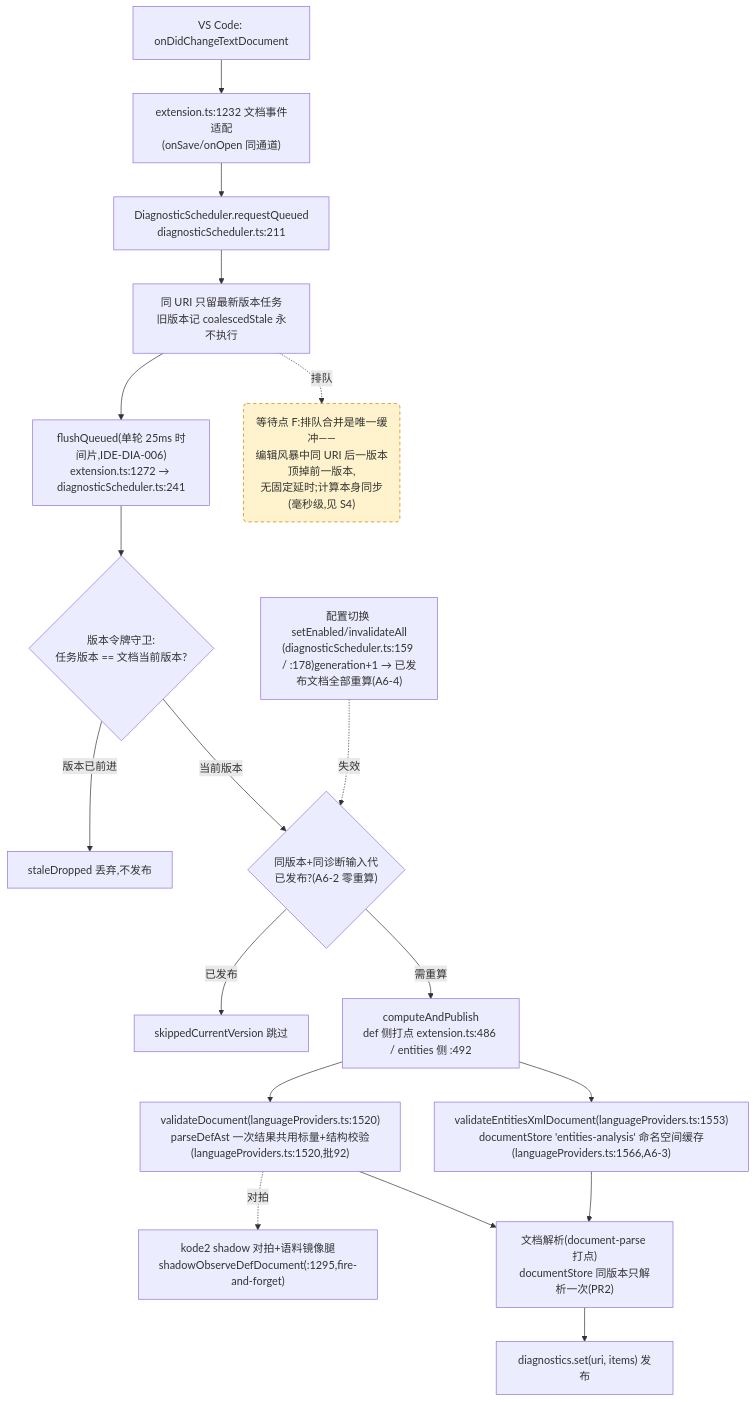
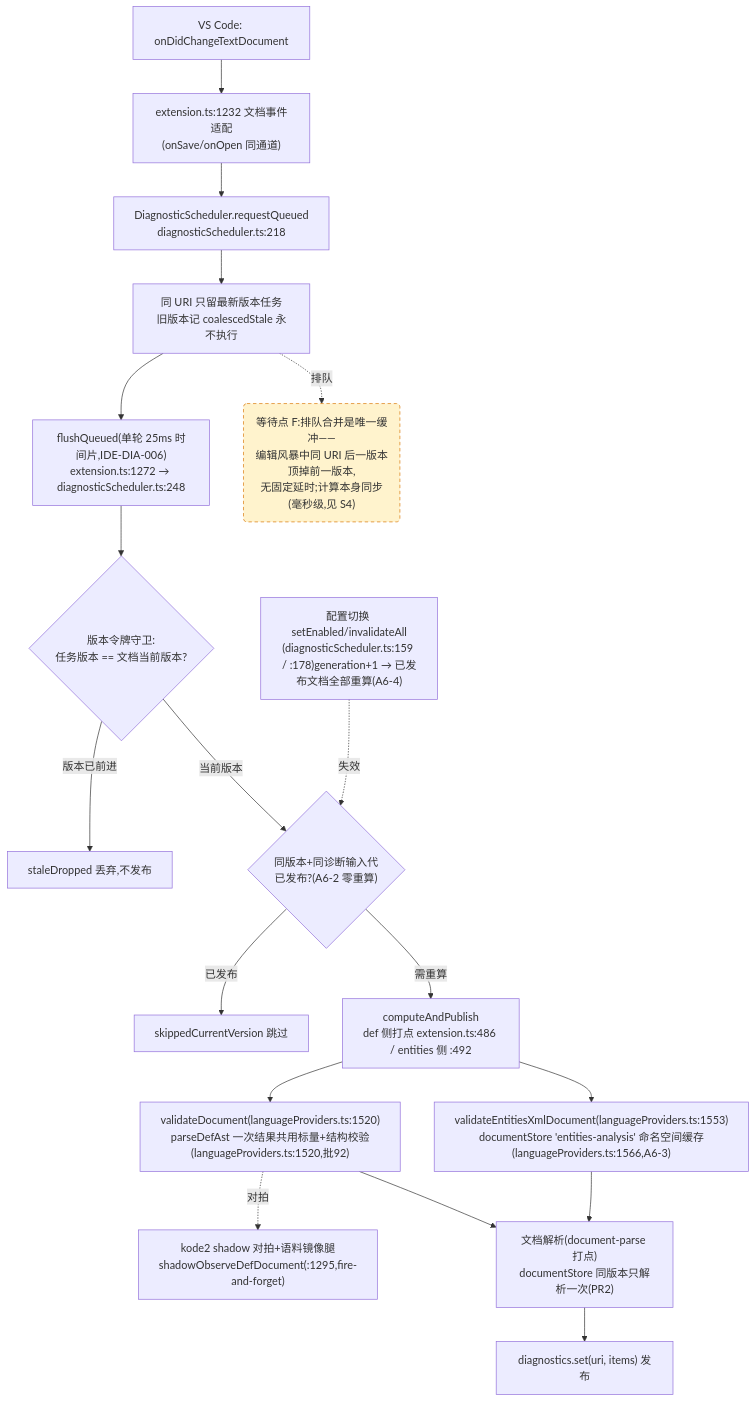
Before and after one commit to cuihairu/kode: the fourth of 4 diagrams in docs/perf/2026-baseline.md, drawn with Mermaid. The commit also changed 2 other files, not shown here.

Commit message:
docs: close aud-026 and dia-007, note stale async gates

````diff
--- a/docs/perf/2026-baseline.md
+++ b/docs/perf/2026-baseline.md
@@ -214,38 +214,38 @@
 ```mermaid
 flowchart TD
   CHG["VS Code: onDidChangeTextDocument"]
   WATCH["extension.ts:1232 文档事件适配<br/>(onSave/onOpen 同通道)"]
-  RQ["DiagnosticScheduler.requestQueued<br/>diagnosticScheduler.ts:211"]
+  RQ["DiagnosticScheduler.requestQueued<br/>diagnosticScheduler.ts:218"]
   CO["同 URI 只留最新版本任务<br/>旧版本记 coalescedStale 永不执行"]
-  FL["flushQueued(单轮 25ms 时间片,IDE-DIA-006)<br/>extension.ts:1272 → diagnosticScheduler.ts:241"]
+  FL["flushQueued(单轮 25ms 时间片,IDE-DIA-006)<br/>extension.ts:1272 → diagnosticScheduler.ts:248"]
   VG{"版本令牌守卫:<br/>任务版本 == 文档当前版本?"}
   DROP["staleDropped 丢弃,不发布"]
   GEN{"同版本+同诊断输入代<br/>已发布?(A6-2 零重算)"}
   SKIP["skippedCurrentVersion 跳过"]
   CALC["computeAndPublish<br/>def 侧打点 extension.ts:486 / entities 侧 :492"]
   VD["validateDocument(languageProviders.ts:1520)<br/>parseDefAst 一次结果共用标量+结构校验(languageProviders.ts:1520,批92)"]
   VEX["validateEntitiesXmlDocument(languageProviders.ts:1553)<br/>documentStore 'entities-analysis' 命名空间缓存(languageProviders.ts:1566,A6-3)"]
   SHDD["kode2 shadow 对拍+语料镜像腿<br/>shadowObserveDefDocument(:1295,fire-and-forget)"]
   DS["文档解析(document-parse 打点)<br/>documentStore 同版本只解析一次(PR2)"]
   PUB["diagnostics.set(uri, items) 发布"]
   CFG2["配置切换 setEnabled/invalidateAll<br/>(diagnosticScheduler.ts:159 / :178)generation+1 → 已发布文档全部重算(A6-4)"]
 
   CHG --> WATCH --> RQ --> CO --> FL --> VG
   VG -- "版本已前进" --> DROP
   VG -- "当前版本" --> GEN
   GEN -- "已发布" --> SKIP
   GEN -- "需重算" --> CALC
   CALC --> VD
   CALC --> VEX
   VD --> DS
   VEX --> DS
   DS --> PUB
   VD -.->|对拍| SHDD
   CFG2 -.->|失效| GEN
 
   WAITF("等待点 F:排队合并是唯一缓冲——<br/>编辑风暴中同 URI 后一版本顶掉前一版本,<br/>无固定延时;计算本身同步(毫秒级,见 S4)")
   CO -.->|排队| WAITF
 
   classDef waitPoint fill:#fff3cd,stroke:#d97706,stroke-dasharray:5 4;
   class WAITF waitPoint;
 ```
````
